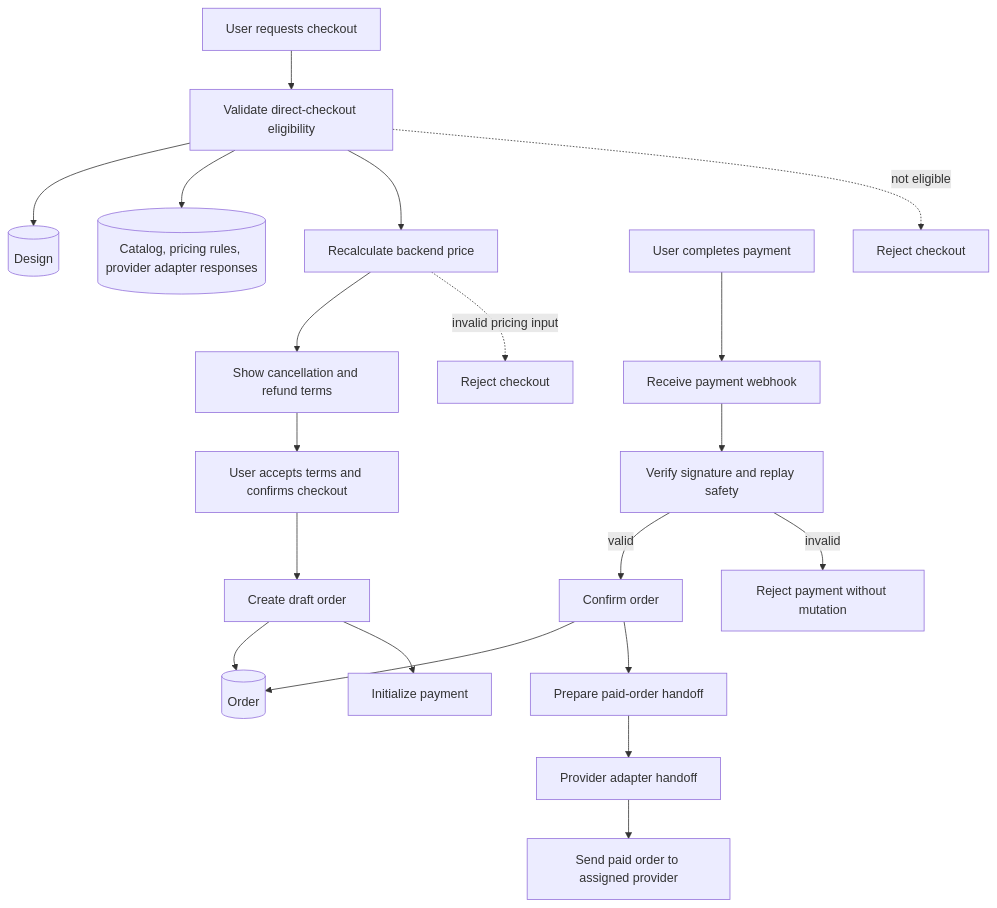
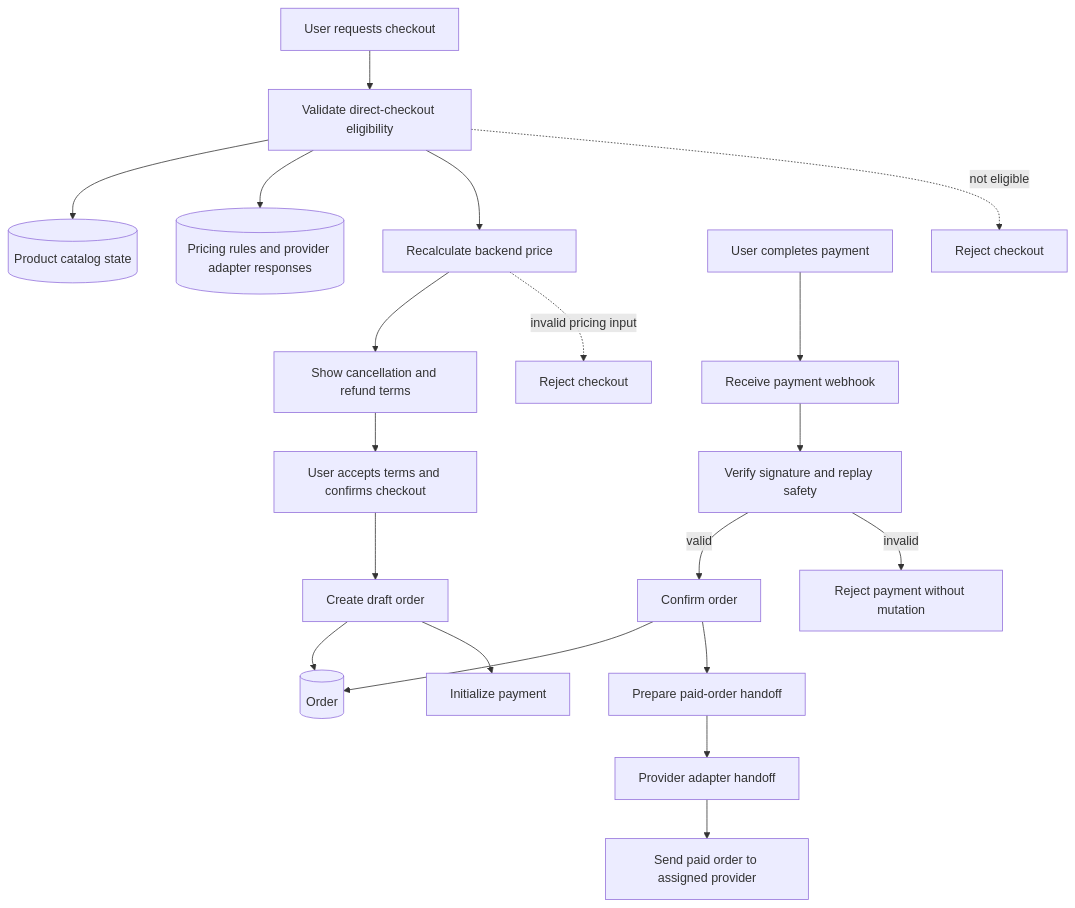
Before and after one commit to jovillal/placamia: the diagram in docs/flows/checkout-flow.md, drawn with Mermaid. The commit also changed other lines of this file and 11 other files, not shown here.

Commit message:
docs: sync design pricing artifacts

````diff
--- a/docs/flows/checkout-flow.md
+++ b/docs/flows/checkout-flow.md
@@ -16,31 +18,31 @@
 ```mermaid
 flowchart TD
     U1[User requests checkout] --> B1[Validate direct-checkout eligibility]
 
-    B1 --> D1[(Design)]
-    B1 --> D2[(Catalog, pricing rules, provider adapter responses)]
+    B1 --> D1[(Product catalog state)]
+    B1 --> D2[(Pricing rules and provider adapter responses)]
 
     B1 --> B2[Recalculate backend price]
     B2 --> B3[Show cancellation and refund terms]
     B3 --> U2[User accepts terms and confirms checkout]
 
     U2 --> B4[Create draft order]
     B4 --> D3[(Order)]
 
     B4 --> B5[Initialize payment]
 
     U3[User completes payment] --> B6[Receive payment webhook]
 
     B6 --> B7[Verify signature and replay safety]
 
     B7 -->|valid| B8[Confirm order]
     B7 -->|invalid| R1[Reject payment without mutation]
 
     B8 --> D3
     B8 --> B9[Prepare paid-order handoff]
     B9 --> A1[Provider adapter handoff]
     A1 --> P1[Send paid order to assigned provider]
 
     B1 -. not eligible .-> R2[Reject checkout]
     B2 -. invalid pricing input .-> R3[Reject checkout]
 ```
````
